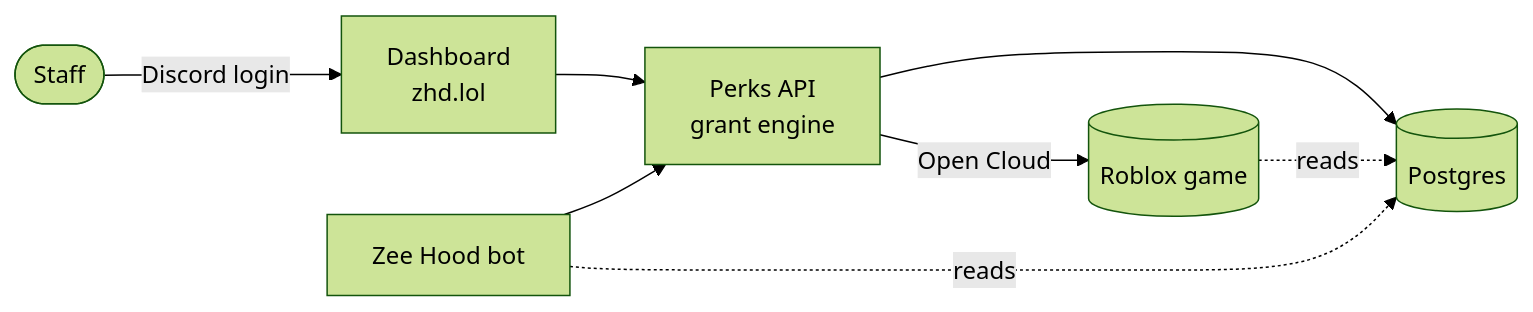
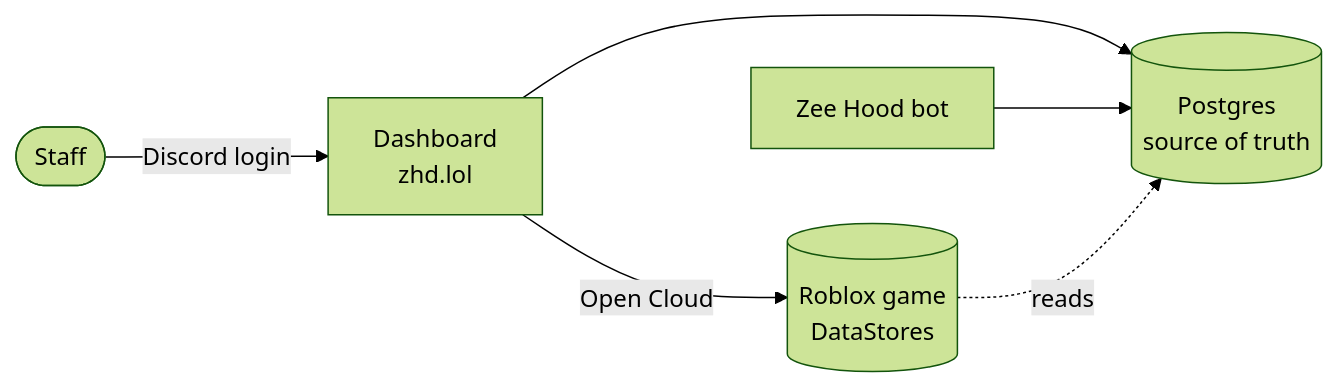
One commit to ashdlasjdh-spec/zeedash changed the diagram in docs-site/docs/index.md. Above: the diagram before and after it, drawn with Mermaid (forest theme). The commit also changed other lines of this file and 23 other files, not shown here.

````diff
--- a/docs-site/docs/index.md
+++ b/docs-site/docs/index.md
@@ -69,10 +53,8 @@
 ```mermaid
 flowchart LR
     Staff([Staff]) -->|Discord login| Dash[Dashboard<br/>zhd.lol]
-    Dash --> API[Perks API<br/>grant engine]
-    Bot[Zee Hood bot] --> API
-    API --> DB[(Postgres)]
-    API -->|Open Cloud| Roblox[(Roblox game)]
-    Bot -.reads.-> DB
+    Dash --> DB[(Postgres<br/>source of truth)]
+    Bot[Zee Hood bot] --> DB
+    Dash -->|Open Cloud| Roblox[(Roblox game<br/>DataStores)]
     Roblox -.reads.-> DB
 ```
````
